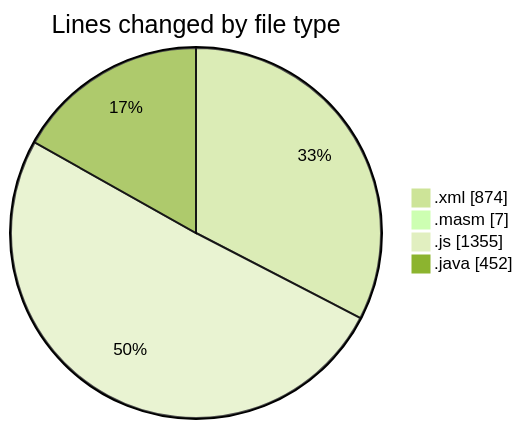
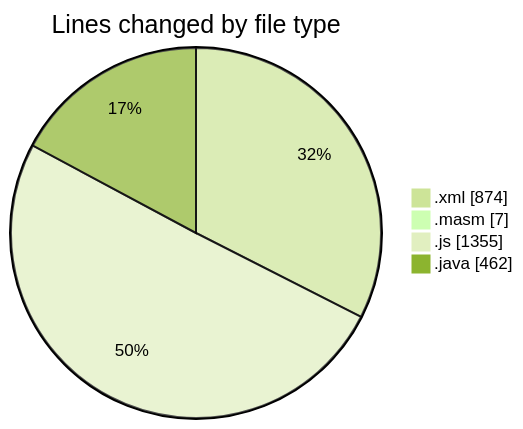
One commit to charlie-sans/code-tracking changed the first of 2 diagrams in 2025-03-11/jmasm/README.md. Above: the diagram before and after it, drawn with Mermaid (forest theme). The commit also changed other lines of this file and 1 other file, not shown here.

````diff
--- a/2025-03-11/jmasm/README.md
+++ b/2025-03-11/jmasm/README.md
@@ -24,8 +24,8 @@
 ```mermaid
 pie showData
 title Lines changed by file type
 ".xml" : 874
 ".masm" : 7
 ".js" : 1355
-".java" : 452
+".java" : 462
 ```
````
